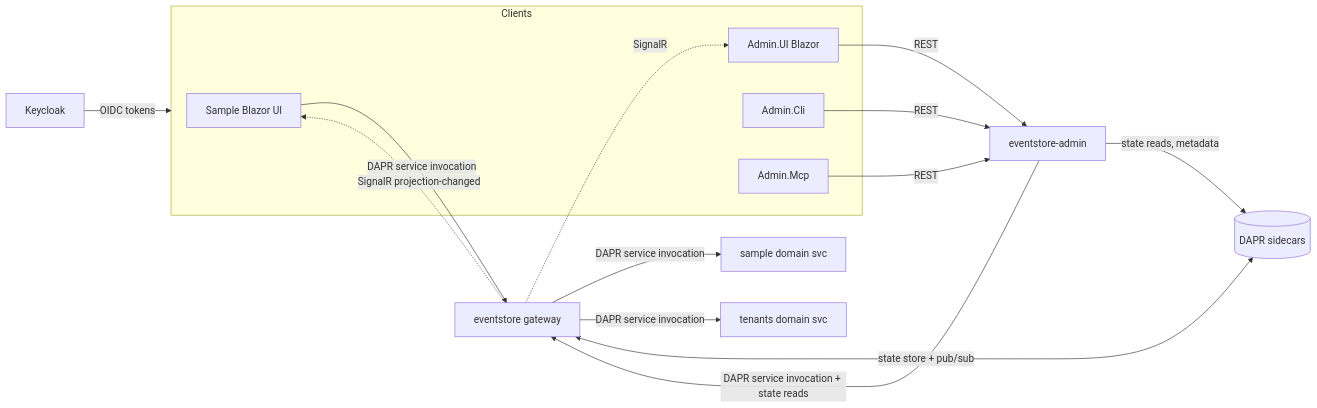
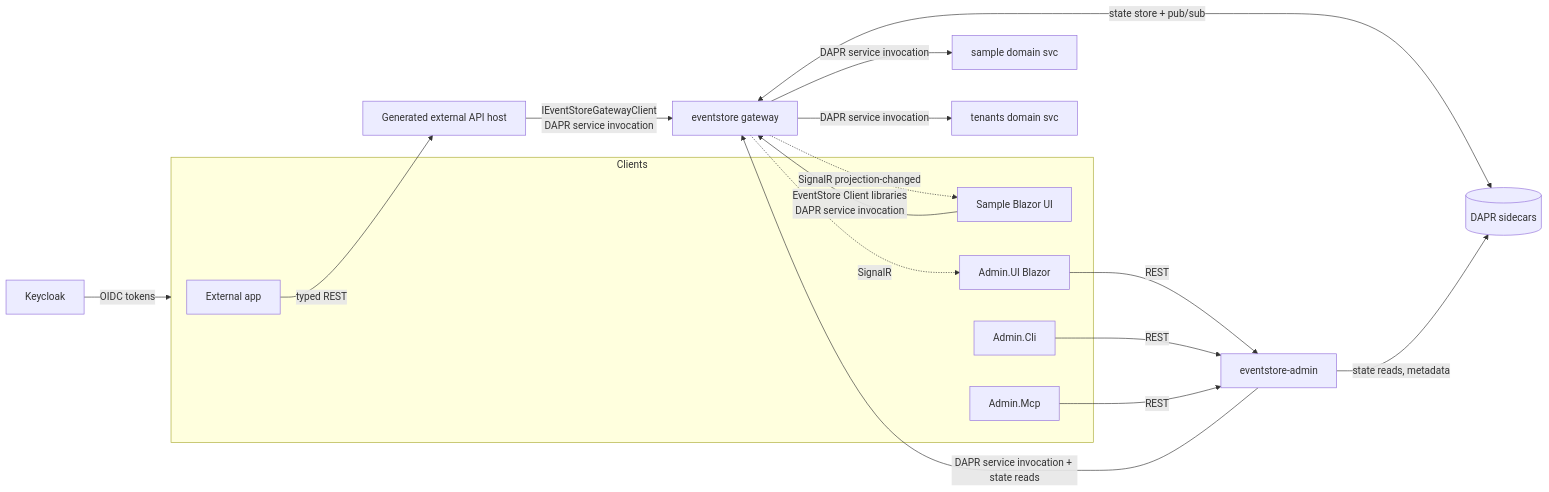
The diagram in docs/brownfield/integration-architecture.md (Hexalith/Hexalith.EventStore), drawn with Mermaid before and after one commit. The commit also changed other lines of this file and 16 other files, not shown here.

Commit message:
feat(packaging): publish REST API generator package

````diff
--- a/docs/brownfield/integration-architecture.md
+++ b/docs/brownfield/integration-architecture.md
@@ -8,22 +8,25 @@
 ```mermaid
 flowchart LR
     subgraph Clients
+      ExternalApp[External app]
       UIc[Sample Blazor UI]
       AdminUI[Admin.UI Blazor]
       CLI[Admin.Cli]
       MCP[Admin.Mcp]
     end
 
-    UIc -->|DAPR service invocation| ES[eventstore gateway]
+    ExternalApp -->|typed REST| DomainApi[Generated external API host]
+    DomainApi -->|IEventStoreGatewayClient<br/>DAPR service invocation| ES[eventstore gateway]
+    UIc -->|EventStore Client libraries<br/>DAPR service invocation| ES
     AdminUI -->|REST| AdminSrv[eventstore-admin]
     CLI -->|REST| AdminSrv
     MCP -->|REST| AdminSrv
     AdminSrv -->|DAPR service invocation + state reads| ES
     ES -->|DAPR service invocation| SAMPLE[sample domain svc]
     ES -->|DAPR service invocation| TENANTS[tenants domain svc]
     ES <-->|state store + pub/sub| DAPR[(DAPR sidecars)]
     AdminSrv -->|state reads, metadata| DAPR
     ES -.->|SignalR projection-changed| UIc
     ES -.->|SignalR| AdminUI
     KC[Keycloak] -->|OIDC tokens| Clients
 ```
````
